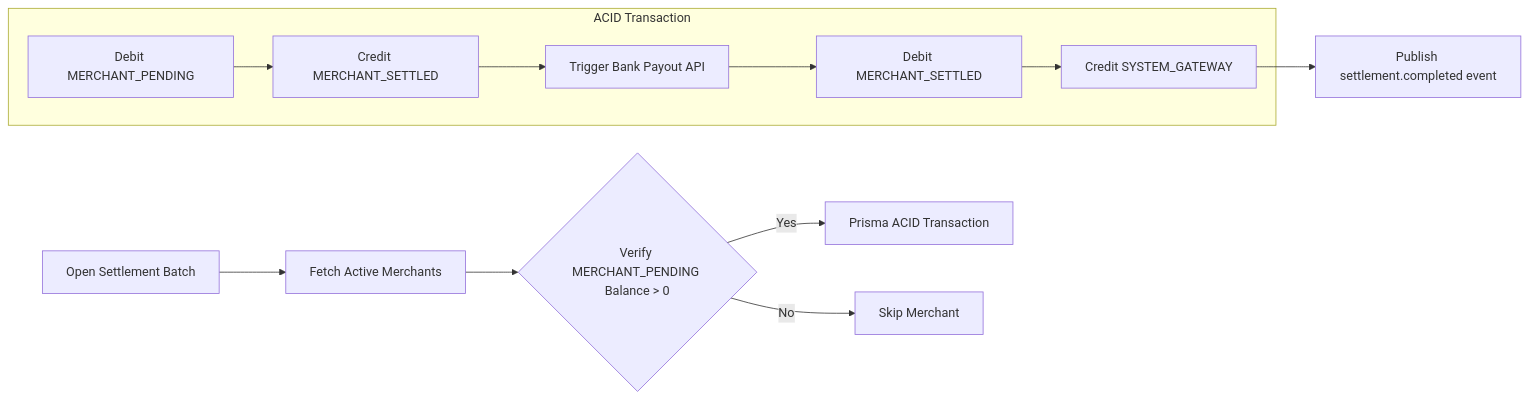
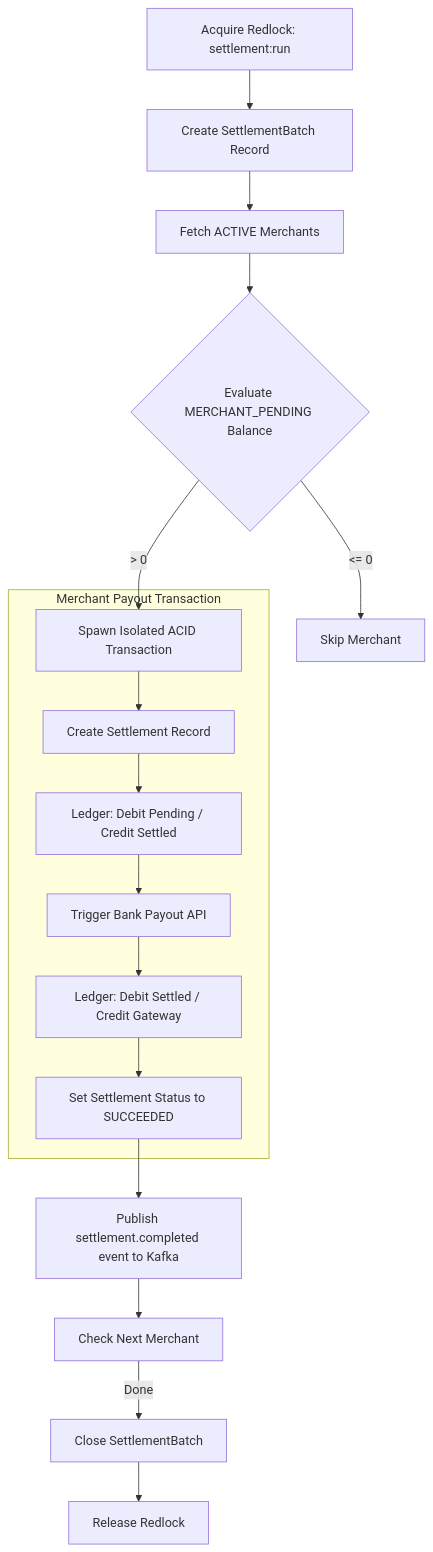
Before and after one commit to Prudhvi-2412/PayNexus: the third of 3 diagrams in architecture.md, drawn with Mermaid. The commit also changed other lines of this file and 2 other files, not shown here.

````diff
--- a/architecture.md
+++ b/architecture.md
@@ -99,17 +113,23 @@
 ```mermaid
-flowchart LR
-    A[Open Settlement Batch] --> B[Fetch Active Merchants]
-    B --> C{Verify MERCHANT_PENDING Balance > 0}
-    C -->|Yes| D[Prisma ACID Transaction]
-    C -->|No| E[Skip Merchant]
+flowchart TD
+    A[Acquire Redlock: settlement:run] --> B[Create SettlementBatch Record]
+    B --> C[Fetch ACTIVE Merchants]
+    C --> D{Evaluate MERCHANT_PENDING Balance}
     
-    %% Transaction details
-    subgraph ACID Transaction
-        D1[Debit MERCHANT_PENDING] --> D2[Credit MERCHANT_SETTLED]
-        D2 --> D3[Trigger Bank Payout API]
-        D3 --> D4[Debit MERCHANT_SETTLED]
-        D4 --> D5[Credit SYSTEM_GATEWAY]
+    D -->|> 0| E[Spawn Isolated ACID Transaction]
+    D -->|<= 0| F[Skip Merchant]
+    
+    subgraph Merchant Payout Transaction
+        E --> E1[Create Settlement Record]
+        E1 --> E2[Ledger: Debit Pending / Credit Settled]
+        E2 --> E3[Trigger Bank Payout API]
+        E3 --> E4[Ledger: Debit Settled / Credit Gateway]
+        E4 --> E5[Set Settlement Status to SUCCEEDED]
     end
     
-    D5 --> F[Publish settlement.completed event]
+    E5 --> G[Publish settlement.completed event to Kafka]
+    G --> H[Check Next Merchant]
+    
+    H -->|Done| I[Close SettlementBatch]
+    I --> J[Release Redlock]
 ```
````
